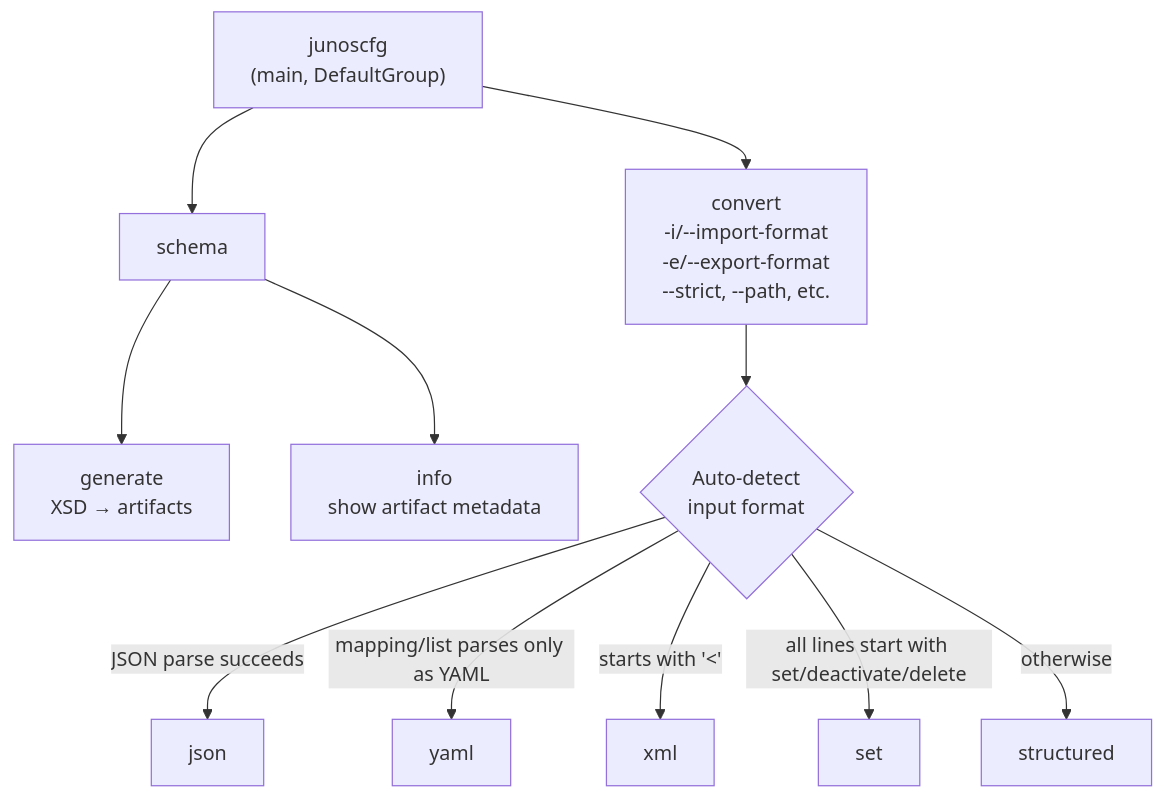
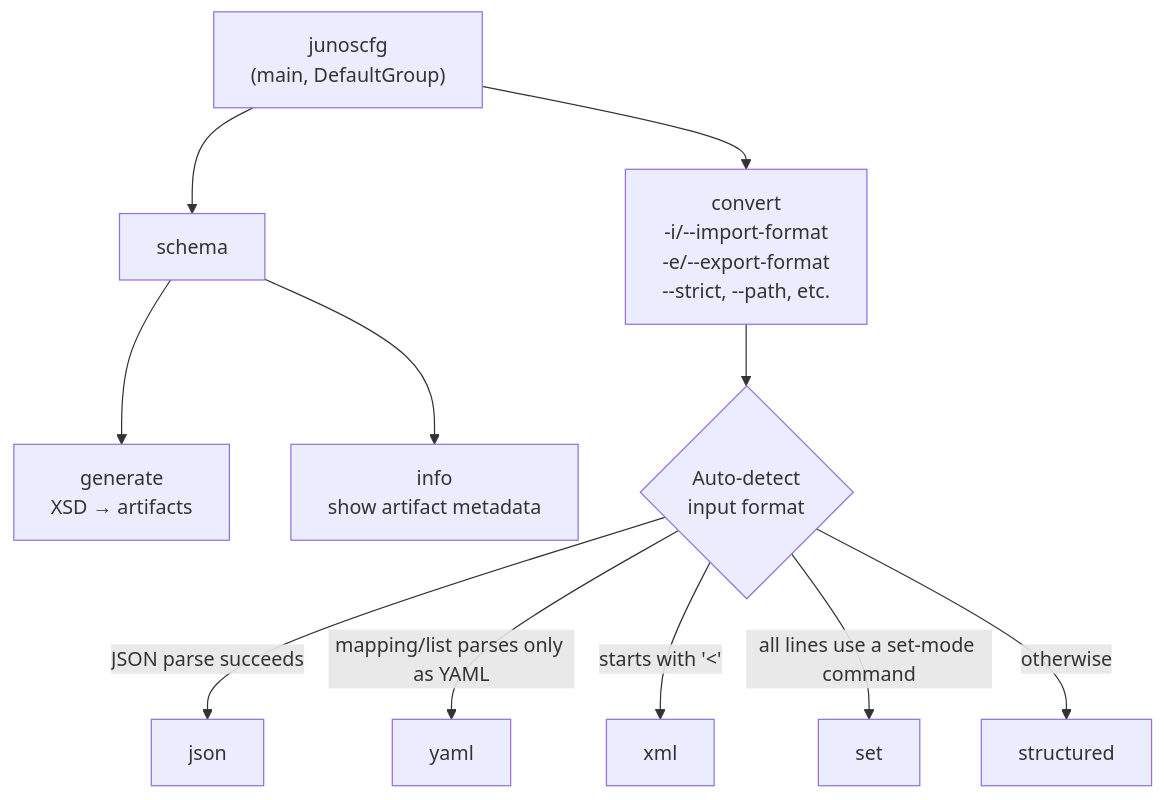
One commit to dg-i/junoscfg changed the seventh of 8 diagrams in docs/architecture/developer-guide.md. Above: the diagram before and after it, drawn with Mermaid. The commit also changed 5 other files, not shown here.

Commit message:
Recognize all set-mode commands

````diff
--- a/docs/architecture/developer-guide.md
+++ b/docs/architecture/developer-guide.md
@@ -549,15 +549,15 @@
 ```mermaid
 flowchart TD
     CLI["junoscfg\n(main, DefaultGroup)"]
     CLI --> CONV_CMD["convert\n-i/--import-format\n-e/--export-format\n--strict, --path, etc."]
     CLI --> SCHEMA_CMD["schema"]
     SCHEMA_CMD --> GEN["generate\nXSD → artifacts"]
     SCHEMA_CMD --> INFO["info\nshow artifact metadata"]
 
     CONV_CMD --> DETECT{"Auto-detect\ninput format"}
     DETECT -->|JSON parse succeeds| FMT_JSON[json]
     DETECT -->|mapping/list parses only as YAML| FMT_YAML[yaml]
     DETECT -->|starts with '<'| FMT_XML[xml]
-    DETECT -->|all lines start with set/deactivate/delete| FMT_SET[set]
+    DETECT -->|all lines use a set-mode command| FMT_SET[set]
     DETECT -->|otherwise| FMT_STRUCT[structured]
 ```
````
